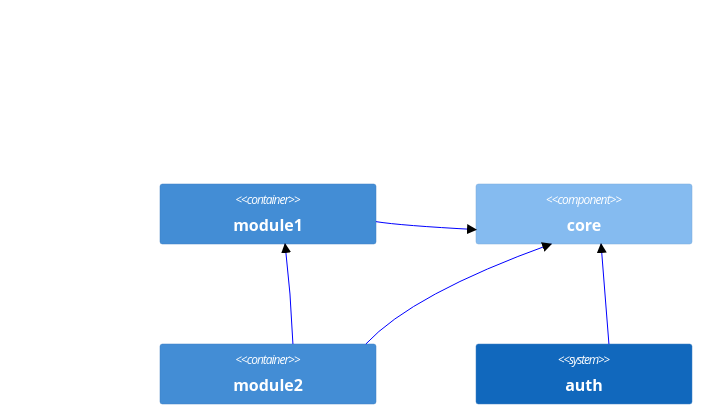
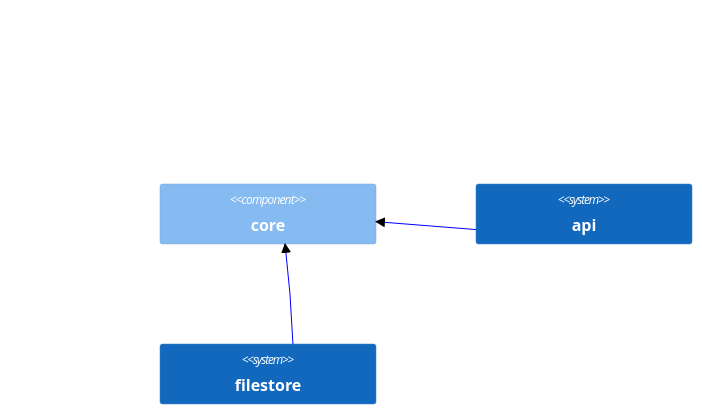
Before and after one commit to albertlatacz/shift-left-kotlin: the diagram in README.md, drawn with Mermaid (neutral theme). The commit also changed other lines of this file and 18 other files, not shown here.

````diff
--- a/README.md
+++ b/README.md
@@ -13,16 +12,11 @@
 ```mermaid
 C4Context        
    UpdateLayoutConfig($c4ShapeInRow="2")                           
-   Container(module1, "module1")
    Component(core, "core")
-   Container(module2, "module2")
-   System(auth, "auth")
-   Rel(auth, core, " ") 
-   UpdateRelStyle(auth, core, $lineColor="blue")
-   Rel(module1, core, " ") 
-   UpdateRelStyle(module1, core, $lineColor="blue")
-   Rel(module2, core, " ") 
-   UpdateRelStyle(module2, core, $lineColor="blue")
-   Rel(module2, module1, " ") 
-   UpdateRelStyle(module2, module1, $lineColor="blue")                
+   System(api, "api")
+   System(filestore, "filestore")
+   Rel(api, core, " ") 
+   UpdateRelStyle(api, core, $lineColor="blue")
+   Rel(filestore, core, " ") 
+   UpdateRelStyle(filestore, core, $lineColor="blue")                
 ```
````
